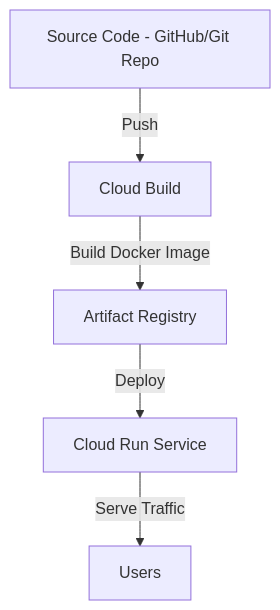
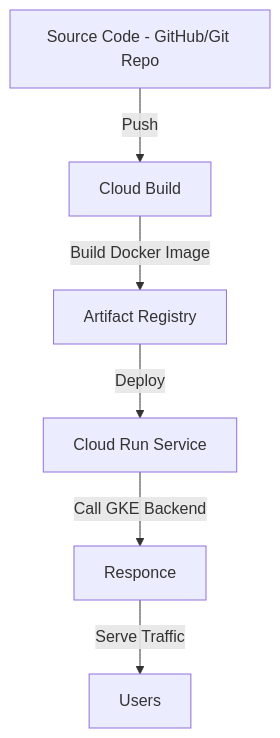
The diagram in README.md (Sahil-502/cloudrun-gke-bridge), drawn with Mermaid before and after one commit.

````diff
--- a/README.md
+++ b/README.md
@@ -6,7 +6,8 @@
 ```mermaid
 flowchart TD
     A[Source Code - GitHub/Git Repo] -->|Push| B[Cloud Build]
     B -->|Build Docker Image| C[Artifact Registry]
     C -->|Deploy| D[Cloud Run Service]
-    D -->|Serve Traffic| E[Users]
+    D -->|Call GKE Backend| E[Responce]
+    E -->|Serve Traffic| F[Users]
 ```
````
